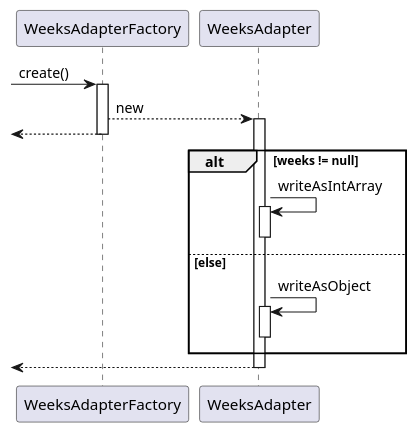
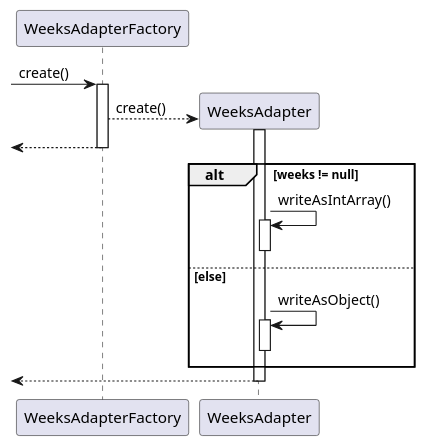
The diagram in docs/uml-diagrams/WeeksWrite.puml (nus-cs2113-AY2122S1/tp), drawn with PlantUML before and after one commit. The commit also changed 9 other files, not shown here.

Commit message:
Update UML diagrams and DG, fix some broken links in Table of Contents in UG.

```diff
--- a/docs/uml-diagrams/WeeksWrite.puml
+++ b/docs/uml-diagrams/WeeksWrite.puml
@@ -1,25 +1,25 @@
 @startuml
 
 [-> WeeksAdapterFactory : create()
 activate WeeksAdapterFactory
 
-WeeksAdapterFactory --> WeeksAdapter : new
+WeeksAdapterFactory --> WeeksAdapter** : create()
 activate WeeksAdapter
 
 <-- WeeksAdapterFactory
 deactivate WeeksAdapterFactory
 
 alt weeks != null
-    WeeksAdapter -> WeeksAdapter : writeAsIntArray
+    WeeksAdapter -> WeeksAdapter : writeAsIntArray()
     activate WeeksAdapter
     deactivate WeeksAdapter
 else else
-    WeeksAdapter -> WeeksAdapter : writeAsObject
+    WeeksAdapter -> WeeksAdapter : writeAsObject()
     activate WeeksAdapter
     deactivate WeeksAdapter
 end
 
 <-- WeeksAdapter
 deactivate WeeksAdapter
 
 @enduml
```
